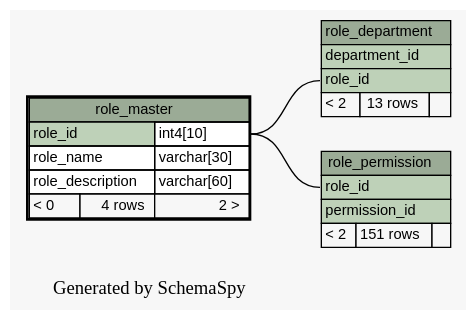
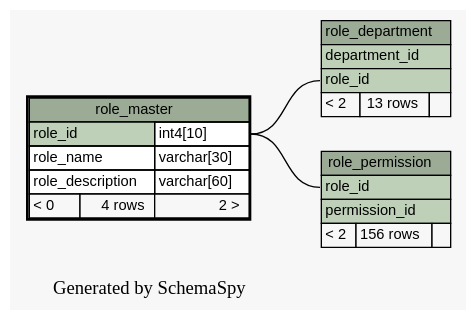
Before and after one commit to engineerscraft/hrms: the diagram in docs/database/schemaspy/graphs/role_master.1degree.dot, drawn with Graphviz. The commit also changed 144 other files, not shown here.

```diff
--- a/docs/database/schemaspy/graphs/role_master.1degree.dot
+++ b/docs/database/schemaspy/graphs/role_master.1degree.dot
@@ -1,53 +1,53 @@
 // dot 2.38.0 on Windows 8.1 6.3
 digraph "oneDegreeRelationshipsGraph" {
   graph [
     rankdir="RL"
     bgcolor="#f7f7f7"
     label="\nGenerated by SchemaSpy"
     labeljust="l"
   ];
   node [
     fontname="Helvetica"
     fontsize="11"
     shape="plaintext"
   ];
   edge [
     arrowsize="0.8"
   ];
   "role_department":"role_id":w -> "role_master":"role_id.type":e [arrowtail=crowtee arrowhead=none];
   "role_permission":"role_id":w -> "role_master":"role_id.type":e [arrowtail=crowtee arrowhead=none];
   "role_department" [
     label=<
     <TABLE BORDER="0" CELLBORDER="1" CELLSPACING="0" BGCOLOR="#ffffff">
       <TR><TD PORT="role_department.heading" COLSPAN="3" BGCOLOR="#9bab96" ALIGN="CENTER">role_department</TD></TR>
       <TR><TD PORT="department_id" COLSPAN="3" BGCOLOR="#bed1b8" ALIGN="LEFT">department_id</TD></TR>
       <TR><TD PORT="role_id" COLSPAN="3" BGCOLOR="#bed1b8" ALIGN="LEFT">role_id</TD></TR>
       <TR><TD ALIGN="LEFT" BGCOLOR="#f7f7f7">&lt; 2</TD><TD ALIGN="RIGHT" BGCOLOR="#f7f7f7">13 rows</TD><TD ALIGN="RIGHT" BGCOLOR="#f7f7f7">  </TD></TR>
     </TABLE>>
     URL="role_department.html#graph"
     tooltip="role_department"
   ];
   "role_master" [
     label=<
     <TABLE BORDER="2" CELLBORDER="1" CELLSPACING="0" BGCOLOR="#ffffff">
       <TR><TD PORT="role_master.heading" COLSPAN="3" BGCOLOR="#9bab96" ALIGN="CENTER">role_master</TD></TR>
       <TR><TD PORT="role_id" COLSPAN="2" BGCOLOR="#bed1b8" ALIGN="LEFT">role_id</TD><TD PORT="role_id.type" ALIGN="LEFT">int4[10]</TD></TR>
       <TR><TD PORT="role_name" COLSPAN="2" ALIGN="LEFT">role_name</TD><TD PORT="role_name.type" ALIGN="LEFT">varchar[30]</TD></TR>
       <TR><TD PORT="role_description" COLSPAN="2" ALIGN="LEFT">role_description</TD><TD PORT="role_description.type" ALIGN="LEFT">varchar[60]</TD></TR>
       <TR><TD ALIGN="LEFT" BGCOLOR="#f7f7f7">&lt; 0</TD><TD ALIGN="RIGHT" BGCOLOR="#f7f7f7">4 rows</TD><TD ALIGN="RIGHT" BGCOLOR="#f7f7f7">2 &gt;</TD></TR>
     </TABLE>>
     URL="role_master.html#"
     tooltip="role_master"
   ];
   "role_permission" [
     label=<
     <TABLE BORDER="0" CELLBORDER="1" CELLSPACING="0" BGCOLOR="#ffffff">
       <TR><TD PORT="role_permission.heading" COLSPAN="3" BGCOLOR="#9bab96" ALIGN="CENTER">role_permission</TD></TR>
       <TR><TD PORT="role_id" COLSPAN="3" BGCOLOR="#bed1b8" ALIGN="LEFT">role_id</TD></TR>
       <TR><TD PORT="permission_id" COLSPAN="3" BGCOLOR="#bed1b8" ALIGN="LEFT">permission_id</TD></TR>
-      <TR><TD ALIGN="LEFT" BGCOLOR="#f7f7f7">&lt; 2</TD><TD ALIGN="RIGHT" BGCOLOR="#f7f7f7">151 rows</TD><TD ALIGN="RIGHT" BGCOLOR="#f7f7f7">  </TD></TR>
+      <TR><TD ALIGN="LEFT" BGCOLOR="#f7f7f7">&lt; 2</TD><TD ALIGN="RIGHT" BGCOLOR="#f7f7f7">156 rows</TD><TD ALIGN="RIGHT" BGCOLOR="#f7f7f7">  </TD></TR>
     </TABLE>>
     URL="role_permission.html#graph"
     tooltip="role_permission"
   ];
 }
```
